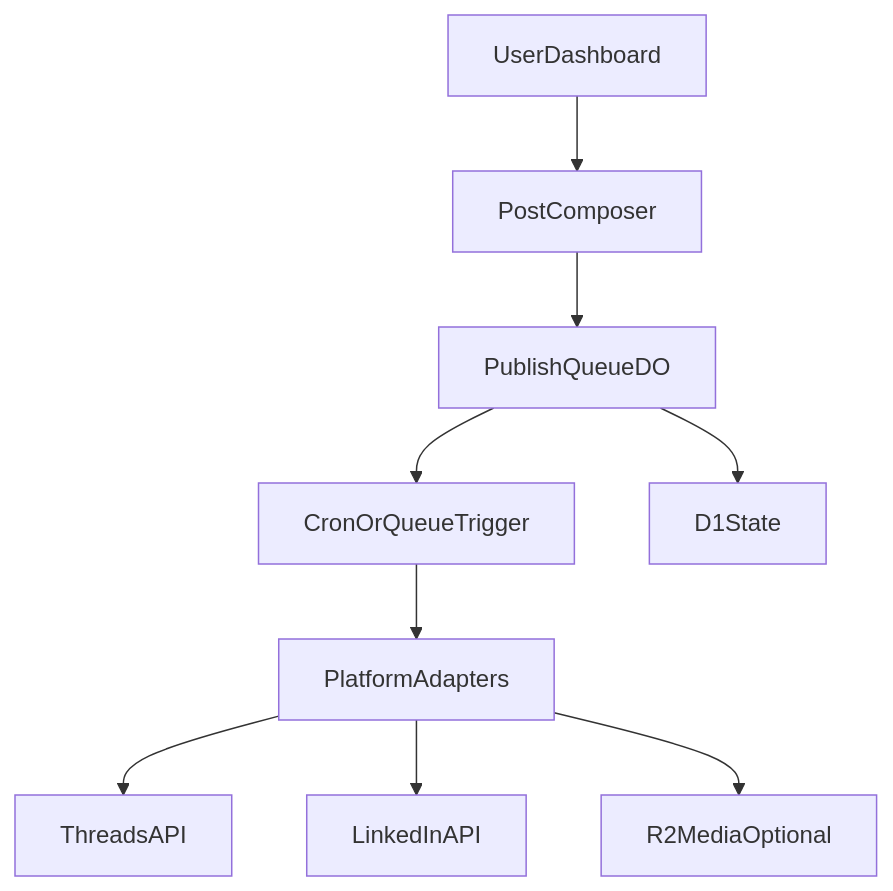
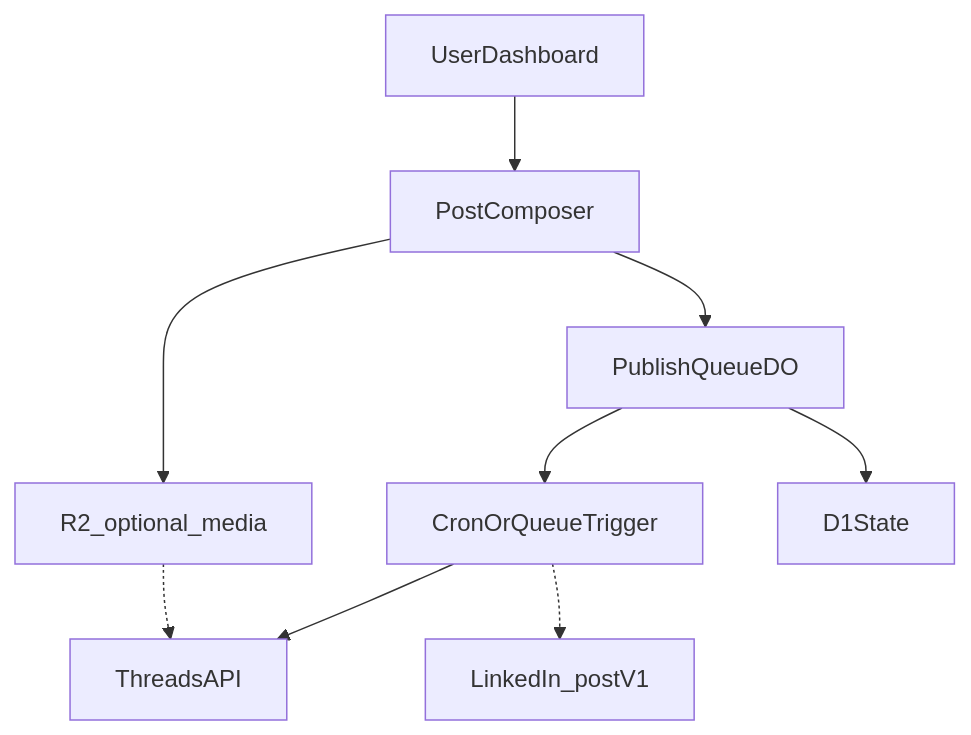
The diagram in README.md (vocino/vocino.org), drawn with Mermaid before and after one commit. The commit also changed other lines of this file, not shown here.

First line of the commit message:
Refocus V1 on Threads queue and posting schedule

````diff
--- a/README.md
+++ b/README.md
@@ -129,11 +156,11 @@
 ```mermaid
 flowchart TD
   user[UserDashboard] --> composer[PostComposer]
   composer --> queue[PublishQueueDO]
+  composer --> r2[R2_optional_media]
   queue --> scheduler[CronOrQueueTrigger]
-  scheduler --> adapters[PlatformAdapters]
-  adapters --> threads[ThreadsAPI]
-  adapters --> linkedin[LinkedInAPI]
   queue --> state[D1State]
-  adapters --> media[R2MediaOptional]
+  scheduler --> threads[ThreadsAPI]
+  r2 -.-> threads
+  scheduler -.-> linkedinLater[LinkedIn_postV1]
 ```
````
